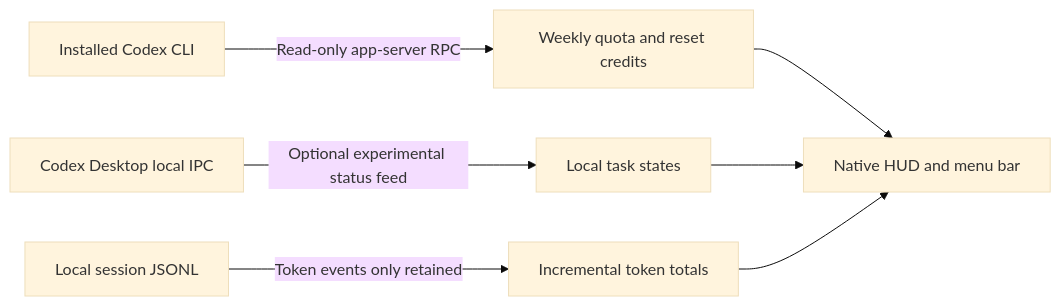
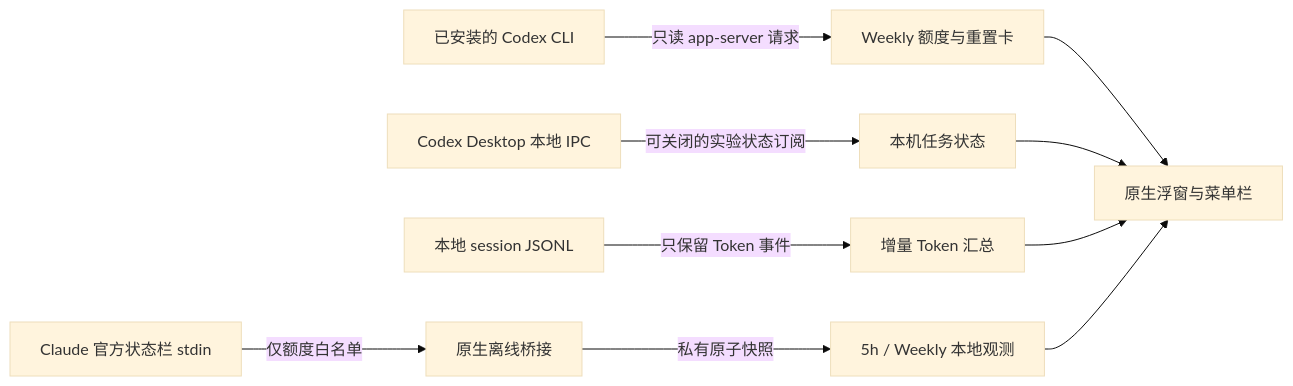
One commit to chenlongzhen/codex-hud changed the diagram in README.md. Above: the diagram before and after it, drawn with Mermaid (base theme). The commit also changed other lines of this file and 34 other files, not shown here.

Commit message:
Add Claude quota HUD and Chinese-first bilingual documentation

````diff
--- a/README.md
+++ b/README.md
@@ -107,9 +118,12 @@
 ```mermaid
 flowchart LR
-    CLI[Installed Codex CLI] -->|Read-only app-server RPC| Quota[Weekly quota and reset credits]
-    Desktop[Codex Desktop local IPC] -->|Optional experimental status feed| Tasks[Local task states]
-    Logs[Local session JSONL] -->|Token events only retained| Tokens[Incremental token totals]
-    Quota --> HUD[Native HUD and menu bar]
+    CLI[已安装的 Codex CLI] -->|只读 app-server 请求| Quota[Weekly 额度与重置卡]
+    Desktop[Codex Desktop 本地 IPC] -->|可关闭的实验状态订阅| Tasks[本机任务状态]
+    Logs[本地 session JSONL] -->|只保留 Token 事件| Tokens[增量 Token 汇总]
+    Quota --> HUD[原生浮窗与菜单栏]
     Tasks --> HUD
     Tokens --> HUD
+    Claude[Claude 官方状态栏 stdin] -->|仅额度白名单| Bridge[原生离线桥接]
+    Bridge -->|私有原子快照| Observation[5h / Weekly 本地观测]
+    Observation --> HUD
 ```
````
